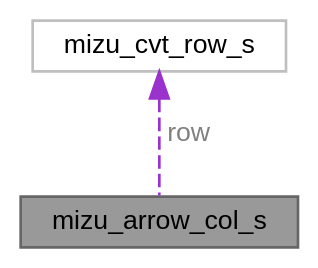
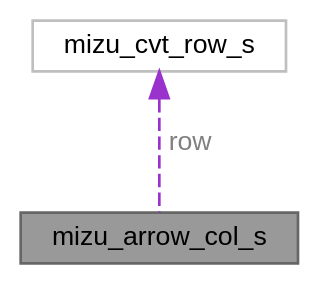
The diagram in structmizu__arrow__col__s__coll__graph.dot (shikokuchuo/libmizu), drawn with Graphviz before and after one commit. The commit also changed 176 other files, not shown here.

```diff
--- a/structmizu__arrow__col__s__coll__graph.dot
+++ b/structmizu__arrow__col__s__coll__graph.dot
@@ -1,10 +1,11 @@
 digraph "mizu_arrow_col_s"
 {
  // LATEX_PDF_SIZE
   bgcolor="transparent";
   edge [fontname=Helvetica,fontsize=10,labelfontname=Helvetica,labelfontsize=10];
   node [fontname=Helvetica,fontsize=10,shape=box,height=0.2,width=0.4];
   Node1 [id="Node000001",label="mizu_arrow_col_s",height=0.2,width=0.4,color="gray40", fillcolor="grey60", style="filled", fontcolor="black",tooltip=" "];
-  Node2 -> Node1 [id="edge1_Node000001_Node000002",dir="back",color="darkorchid3",style="dashed",tooltip=" ",label=" row",fontcolor="grey" ];
+  Node2 -> Node1 [id="edge1_Node000001_Node000002",dir="back",color="darkorchid3",style="dashed",tooltip=" ",label=<<TABLE CELLBORDER="0" BORDER="0"><TR><TD VALIGN="top" ALIGN="LEFT" CELLPADDING="1" CELLSPACING="0">row</TD></TR>
+</TABLE>> ,fontcolor="grey" ];
   Node2 [id="Node000002",label="mizu_cvt_row_s",height=0.2,width=0.4,color="grey75", fillcolor="white", style="filled",URL="$structmizu__cvt__row__s.html",tooltip=" "];
 }
```
